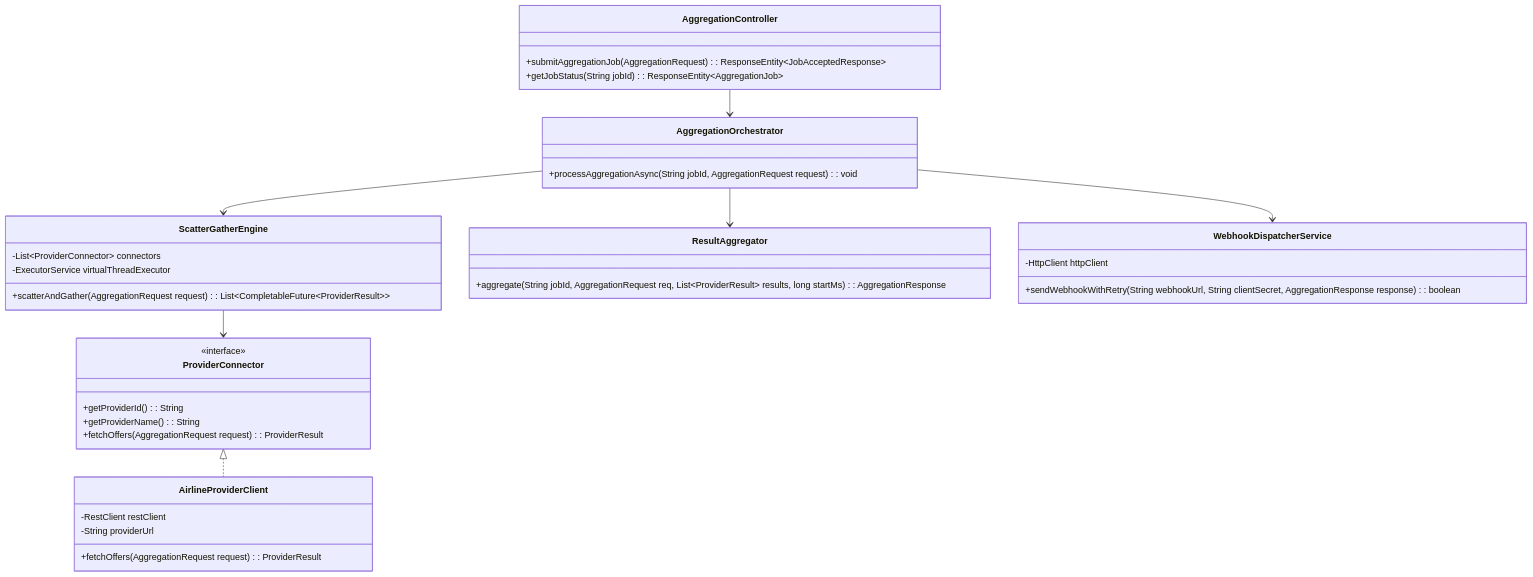
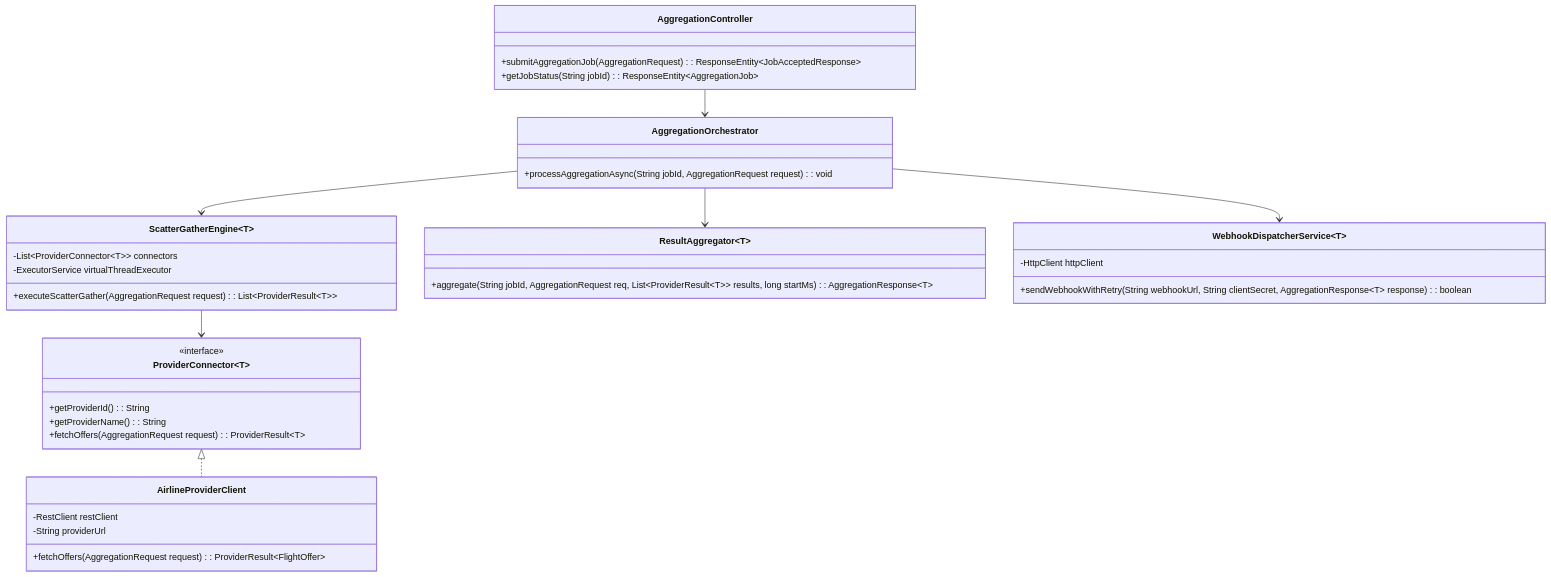
Before and after one commit to Theprathamshah/ScatterMerge: the third of 3 diagrams in hld-lld.md, drawn with Mermaid. The commit also changed other lines of this file and 1 other file, not shown here.

````diff
--- a/hld-lld.md
+++ b/hld-lld.md
@@ -296,46 +303,46 @@
 ```mermaid
 classDiagram
     class AggregationController {
         +submitAggregationJob(AggregationRequest): ResponseEntity~JobAcceptedResponse~
         +getJobStatus(String jobId): ResponseEntity~AggregationJob~
     }
 
     class AggregationOrchestrator {
         +processAggregationAsync(String jobId, AggregationRequest request): void
     }
 
-    class ScatterGatherEngine {
-        -List~ProviderConnector~ connectors
+    class ScatterGatherEngine~T~ {
+        -List~ProviderConnector~T~~ connectors
         -ExecutorService virtualThreadExecutor
-        +scatterAndGather(AggregationRequest request): List~CompletableFuture~ProviderResult~~
+        +executeScatterGather(AggregationRequest request): List~ProviderResult~T~~
     }
 
-    class ProviderConnector {
+    class ProviderConnector~T~ {
         <<interface>>
         +getProviderId(): String
         +getProviderName(): String
-        +fetchOffers(AggregationRequest request): ProviderResult
+        +fetchOffers(AggregationRequest request): ProviderResult~T~
     }
 
     class AirlineProviderClient {
         -RestClient restClient
         -String providerUrl
-        +fetchOffers(AggregationRequest request): ProviderResult
+        +fetchOffers(AggregationRequest request): ProviderResult~FlightOffer~
     }
 
-    class ResultAggregator {
-        +aggregate(String jobId, AggregationRequest req, List~ProviderResult~ results, long startMs): AggregationResponse
+    class ResultAggregator~T~ {
+        +aggregate(String jobId, AggregationRequest req, List~ProviderResult~T~~ results, long startMs): AggregationResponse~T~
     }
 
-    class WebhookDispatcherService {
+    class WebhookDispatcherService~T~ {
         -HttpClient httpClient
-        +sendWebhookWithRetry(String webhookUrl, String clientSecret, AggregationResponse response): boolean
+        +sendWebhookWithRetry(String webhookUrl, String clientSecret, AggregationResponse~T~ response): boolean
     }
 
     AggregationController --> AggregationOrchestrator
     AggregationOrchestrator --> ScatterGatherEngine
     AggregationOrchestrator --> ResultAggregator
     AggregationOrchestrator --> WebhookDispatcherService
     ScatterGatherEngine --> ProviderConnector
     ProviderConnector <|.. AirlineProviderClient
 ```
````
